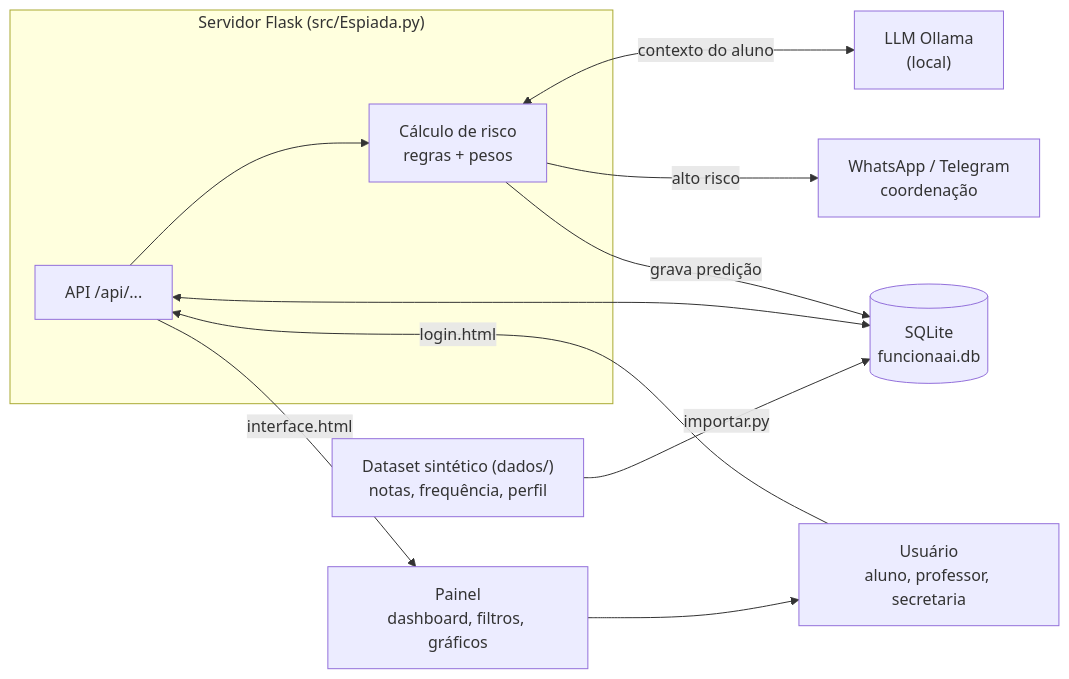
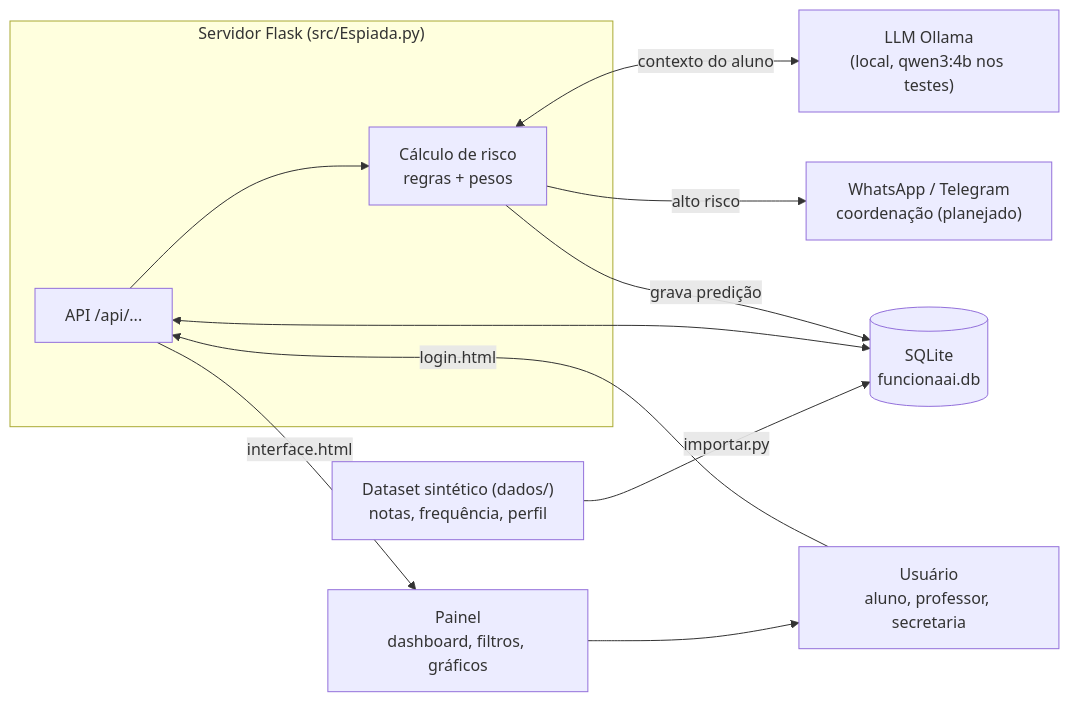
Before and after one commit to DiegoGDutra/Projeto-Espiada: the first of 4 diagrams in readme.md, drawn with Mermaid. The commit also changed other lines of this file and 3 other files, not shown here.

````diff
--- a/readme.md
+++ b/readme.md
@@ -230,16 +173,16 @@
 ```mermaid
 flowchart LR
     AVA["Dataset sintético (dados/)<br/>notas, frequência, perfil"] -->|importar.py| DB
     subgraph Servidor["Servidor Flask (src/Espiada.py)"]
         API["API /api/..."]
         CALC["Cálculo de risco<br/>regras + pesos"]
         API --> CALC
     end
     API <--> DB[("SQLite<br/>funcionaai.db")]
-    CALC <-->|contexto do aluno| LLM["LLM Ollama<br/>(local)"]
+    CALC <-->|contexto do aluno| LLM["LLM Ollama<br/>(local, qwen3:4b nos testes)"]
     CALC -->|grava predição| DB
-    CALC -->|alto risco| NOTIF["WhatsApp / Telegram<br/>coordenação"]
+    CALC -->|alto risco| NOTIF["WhatsApp / Telegram<br/>coordenação (planejado)"]
     U["Usuário<br/>aluno, professor, secretaria"] -->|login.html| API
     API -->|interface.html| PAINEL["Painel<br/>dashboard, filtros, gráficos"]
     PAINEL --> U
 ```
````
